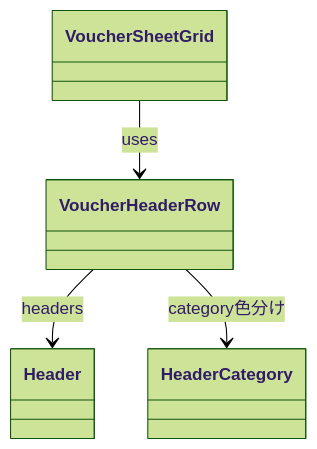
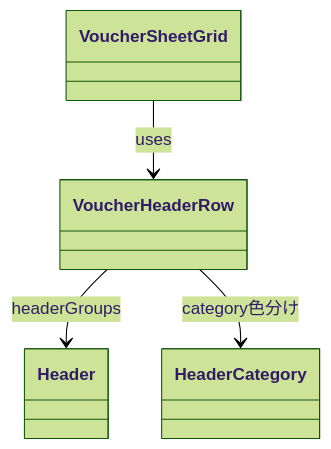
The diagram in docs/design/lib/src/features/voucher/presentation/widgets/voucher_header_row.md (MinamiyamaKotaro/m3_pad), drawn with Mermaid (forest theme) before and after one commit. The commit also changed other lines of this file and 29 other files, not shown here.

````diff
--- a/docs/design/lib/src/features/voucher/presentation/widgets/voucher_header_row.md
+++ b/docs/design/lib/src/features/voucher/presentation/widgets/voucher_header_row.md
@@ -18,6 +19,6 @@
 ```mermaid
 classDiagram
     VoucherSheetGrid --> VoucherHeaderRow : uses
-    VoucherHeaderRow --> Header : headers
+    VoucherHeaderRow --> Header : headerGroups
     VoucherHeaderRow --> HeaderCategory : category色分け
 ```
````
